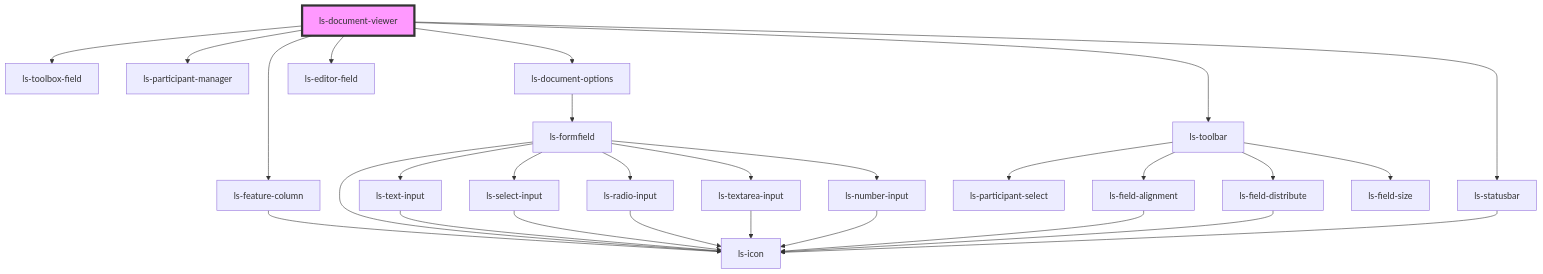
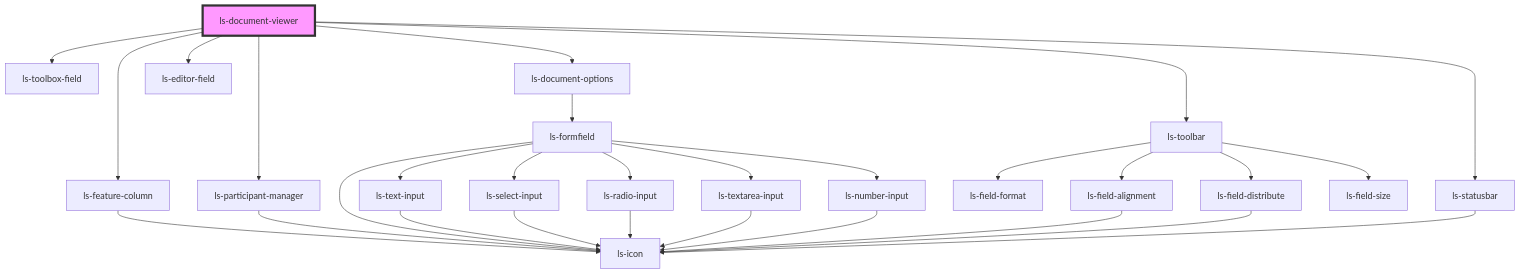
One commit to legalesign/ls-document-viewer changed the diagram in src/components/ls-document-viewer/readme.md. Above: the diagram before and after it, drawn with Mermaid. The commit also changed other lines of this file and 18 other files, not shown here.

````diff
--- a/src/components/ls-document-viewer/readme.md
+++ b/src/components/ls-document-viewer/readme.md
@@ -83,31 +100,32 @@
 ```mermaid
 graph TD;
   ls-document-viewer --> ls-feature-column
   ls-document-viewer --> ls-toolbox-field
   ls-document-viewer --> ls-participant-manager
   ls-document-viewer --> ls-document-options
   ls-document-viewer --> ls-toolbar
+  ls-document-viewer --> ls-statusbar
   ls-document-viewer --> ls-editor-field
-  ls-document-viewer --> ls-statusbar
   ls-feature-column --> ls-icon
+  ls-participant-manager --> ls-icon
   ls-document-options --> ls-formfield
   ls-formfield --> ls-icon
   ls-formfield --> ls-text-input
   ls-formfield --> ls-select-input
   ls-formfield --> ls-radio-input
   ls-formfield --> ls-textarea-input
   ls-formfield --> ls-number-input
   ls-text-input --> ls-icon
   ls-select-input --> ls-icon
   ls-radio-input --> ls-icon
   ls-textarea-input --> ls-icon
   ls-number-input --> ls-icon
-  ls-toolbar --> ls-participant-select
+  ls-toolbar --> ls-field-format
   ls-toolbar --> ls-field-alignment
   ls-toolbar --> ls-field-distribute
   ls-toolbar --> ls-field-size
   ls-field-alignment --> ls-icon
   ls-field-distribute --> ls-icon
   ls-statusbar --> ls-icon
   style ls-document-viewer fill:#f9f,stroke:#333,stroke-width:4px
 ```
````
